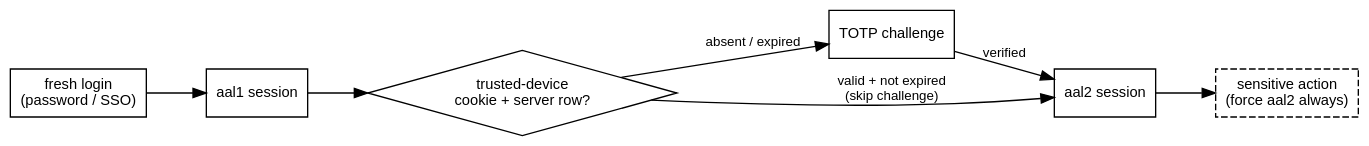
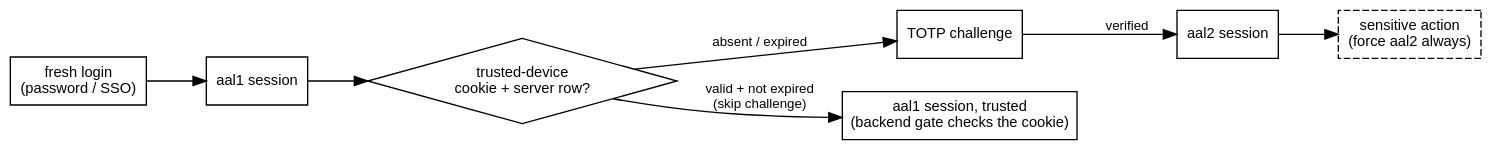
Before and after one commit to erfianugrah/lexicanum: the diagram in src/content/docs/guides/supabase-auth-mfa-trusted-device-and-impersonation-audit.mdx, drawn with Graphviz. The commit also changed other lines of this file and 8 other files, not shown here.

First line of the commit message:
docs: text fallbacks for two diagrams, option rename, stale titles and claims

````diff
--- a/src/content/docs/guides/supabase-auth-mfa-trusted-device-and-impersonation-audit.mdx
+++ b/src/content/docs/guides/supabase-auth-mfa-trusted-device-and-impersonation-audit.mdx
@@ -23,22 +23,23 @@
 ```dot
 digraph {
   rankdir=LR; bgcolor="transparent"; nodesep=0.35; ranksep=0.6;
   fontname="Helvetica,Arial,sans-serif";
   node [fontname="Helvetica,Arial,sans-serif", fontsize=11, shape=box];
   edge [fontname="Helvetica,Arial,sans-serif", fontsize=10];
 
   login [label="fresh login\n(password / SSO)"];
   aal1 [label="aal1 session"];
   trust [label="trusted-device\ncookie + server row?", shape=diamond];
   totp [label="TOTP challenge"];
   aal2 [label="aal2 session"];
+  skip [label="aal1 session, trusted\n(backend gate checks the cookie)"];
   gate [label="sensitive action\n(force aal2 always)", shape=box, style=dashed];
 
   login -> aal1;
   aal1 -> trust;
-  trust -> aal2 [label="valid + not expired\n(skip challenge)"];
+  trust -> skip [label="valid + not expired\n(skip challenge)"];
   trust -> totp [label="absent / expired"];
   totp -> aal2 [label="verified"];
   aal2 -> gate;
 }
 ```
````
